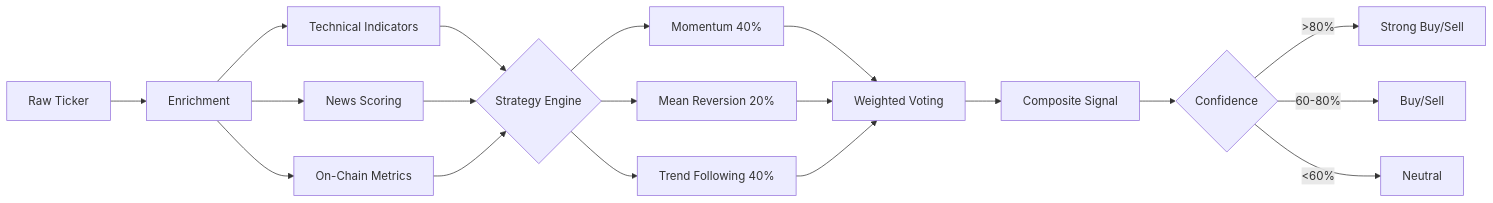
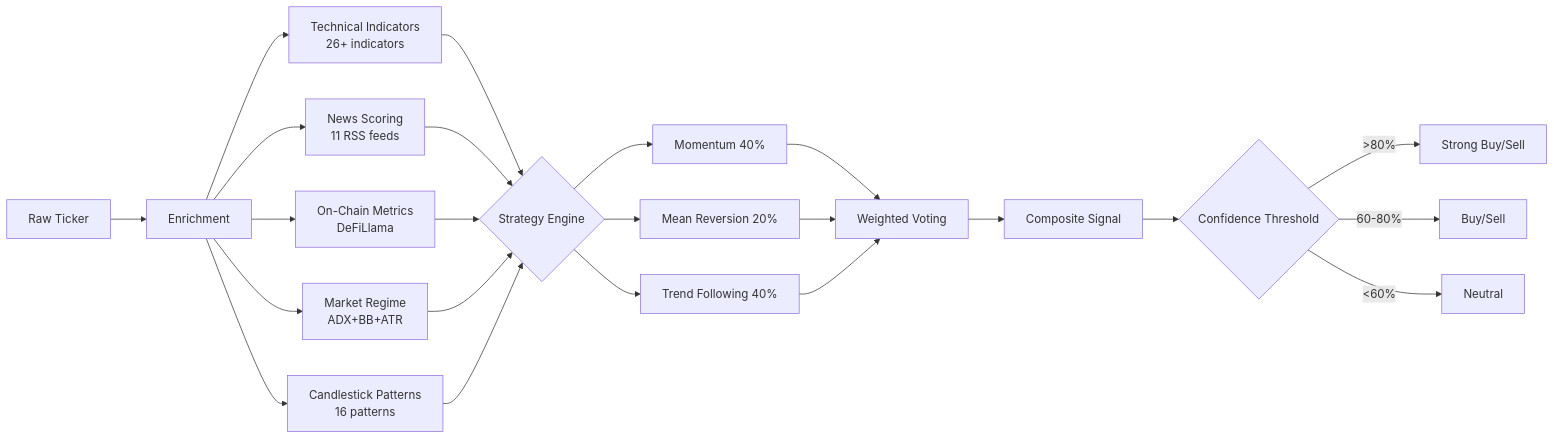
The third of 3 diagrams in README.md (ssdeanx/Hermes-Crypto-Radar), drawn with Mermaid before and after one commit. The commit also changed other lines of this file and 20 other files, not shown here.

````diff
--- a/README.md
+++ b/README.md
@@ -128,25 +272,29 @@
 ```mermaid
 flowchart LR
     A[Raw Ticker] --> B[Enrichment]
-    B --> C[Technical Indicators]
-    B --> D[News Scoring]
-    B --> E[On-Chain Metrics]
+    B --> C[Technical Indicators<br/>26+ indicators]
+    B --> D[News Scoring<br/>11 RSS feeds]
+    B --> E[On-Chain Metrics<br/>DeFiLlama]
+    B --> F[Market Regime<br/>ADX+BB+ATR]
+    B --> G[Candlestick Patterns<br/>16 patterns]
 
-    C --> F{Strategy Engine}
-    D --> F
-    E --> F
+    C --> H{Strategy Engine}
+    D --> H
+    E --> H
+    F --> H
+    G --> H
 
-    F --> G[Momentum 40%]
-    F --> H[Mean Reversion 20%]
-    F --> I[Trend Following 40%]
+    H --> I[Momentum 40%]
+    H --> J[Mean Reversion 20%]
+    H --> K[Trend Following 40%]
 
-    G --> J[Weighted Voting]
-    H --> J
-    I --> J
+    I --> L[Weighted Voting]
+    J --> L
+    K --> L
 
-    J --> K[Composite Signal]
-    K --> L{Confidence}
-    L -->|>80%| M[Strong Buy/Sell]
-    L -->|60-80%| N[Buy/Sell]
-    L -->|<60%| O[Neutral]
+    L --> M[Composite Signal]
+    M --> N{Confidence Threshold}
+    N -->|>80%| O[Strong Buy/Sell]
+    N -->|60-80%| P[Buy/Sell]
+    N -->|<60%| Q[Neutral]
 ```
````
